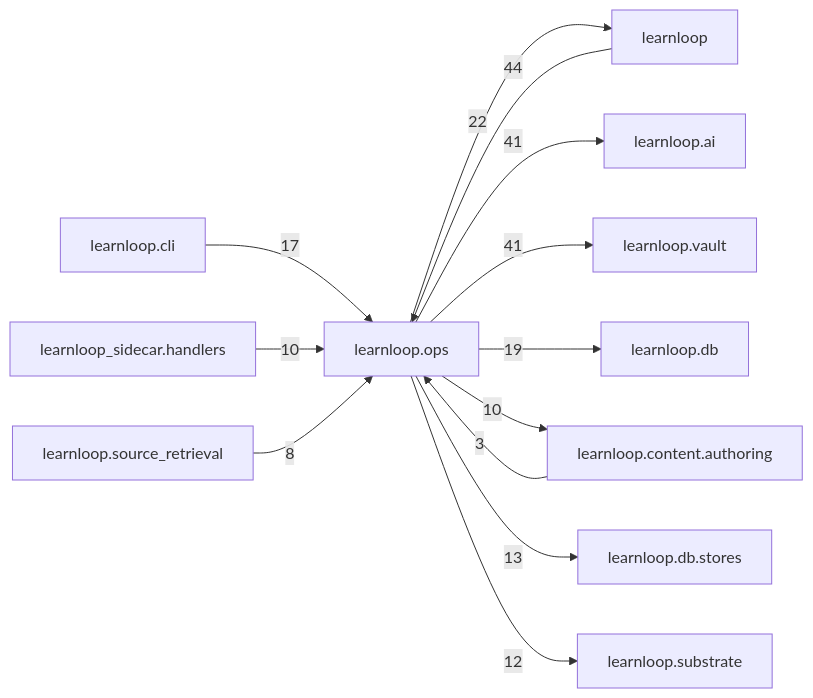
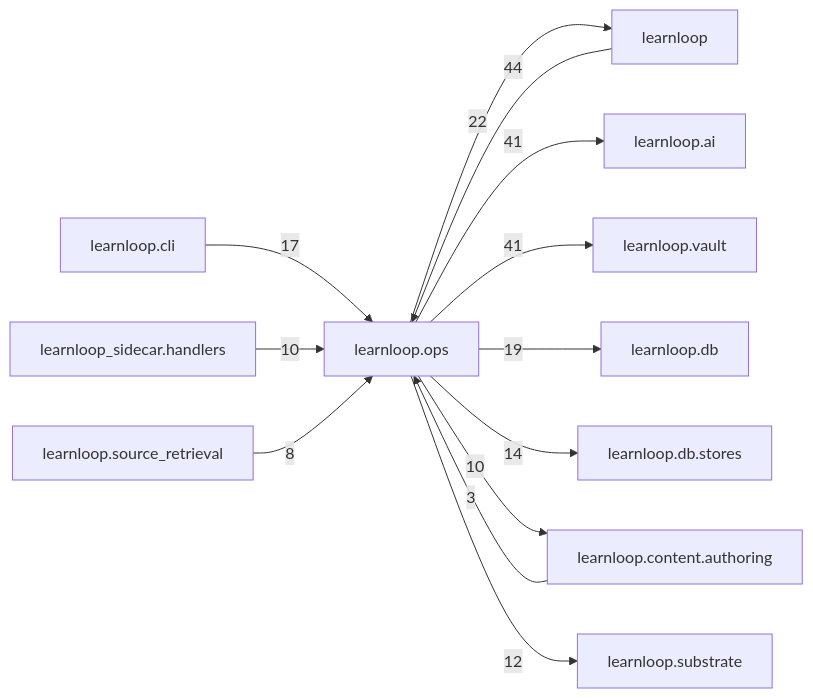
One commit to 6up-b/learnanything changed the diagram in docs/learnloop-architecture-vault/Reference/Modules/learnloop/ops/_package.md. Above: the diagram before and after it, drawn with Mermaid. The commit also changed other lines of this file and 67 other files, not shown here.

````diff
--- a/docs/learnloop-architecture-vault/Reference/Modules/learnloop/ops/_package.md
+++ b/docs/learnloop-architecture-vault/Reference/Modules/learnloop/ops/_package.md
@@ -150,26 +150,26 @@
 ```mermaid
 flowchart LR
     center["learnloop.ops"]
     n_learnloop["learnloop"]
     n_learnloop_ai["learnloop.ai"]
     n_learnloop_vault["learnloop.vault"]
     n_learnloop_db["learnloop.db"]
     n_learnloop_cli["learnloop.cli"]
+    n_learnloop_db_stores["learnloop.db.stores"]
     n_learnloop_content_authoring["learnloop.content.authoring"]
-    n_learnloop_db_stores["learnloop.db.stores"]
     n_learnloop_substrate["learnloop.substrate"]
     n_learnloop_sidecar_handlers["learnloop_sidecar.handlers"]
     n_learnloop_source_retrieval["learnloop.source_retrieval"]
     n_learnloop -->|44| center
     center -->|22| n_learnloop
     center -->|41| n_learnloop_ai
     center -->|41| n_learnloop_vault
     center -->|19| n_learnloop_db
     n_learnloop_cli -->|17| center
+    center -->|14| n_learnloop_db_stores
     n_learnloop_content_authoring -->|3| center
     center -->|10| n_learnloop_content_authoring
-    center -->|13| n_learnloop_db_stores
     center -->|12| n_learnloop_substrate
     n_learnloop_sidecar_handlers -->|10| center
     n_learnloop_source_retrieval -->|8| center
 ```
````
